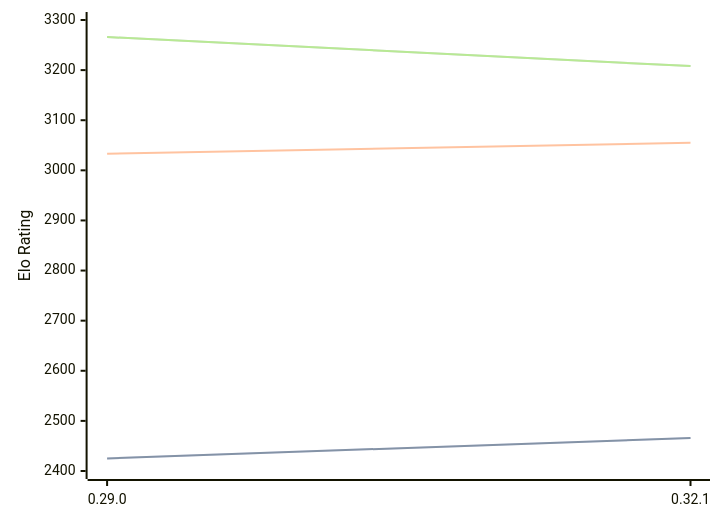
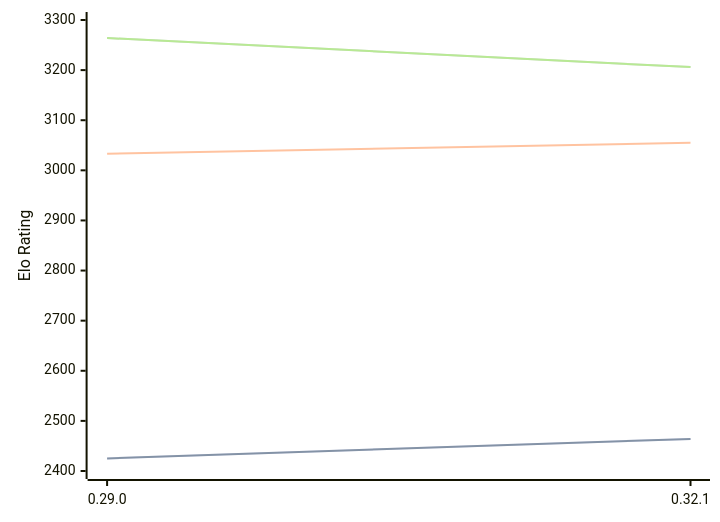
One commit to computer-chess-index/cci changed the diagram in engines/Lc0.md. Above: the diagram before and after it, drawn with Mermaid. The commit also changed other lines of this file, not shown here.

Commit message:
Update CCI Ratings (ELO VLTC) - 2026-03-16

````diff
--- a/engines/Lc0.md
+++ b/engines/Lc0.md
@@ -66,11 +66,11 @@
 ```mermaid
 %%{init: {"theme":"base","themeVariables":{"seriesColors:['#a3a3a3','#222221','#faa371']}}}%%
 xychart-beta
   x-axis ["0.29.0", "0.32.1"]
   y-axis "Elo Rating" 2400 --> 3300
-  line "STC (8.0+0.08s)" [2425, 2466]
-  line "STC (8.0+0.08s)" [2425, 2466]
+  line "STC (8.0+0.08s)" [2425, 2464]
+  line "STC (8.0+0.08s)" [2425, 2464]
   line "LTC (60.0+0.60s)" [3033, 3055]
-  line "VLTC (2m24s+1.12s)" [3266, 3208]
-  line "VLTC (2m24s+1.12s)" [3266, 3208]
+  line "VLTC (2m24s+1.12s)" [3264, 3206]
+  line "VLTC (2m24s+1.12s)" [3264, 3206]
 ```
````
